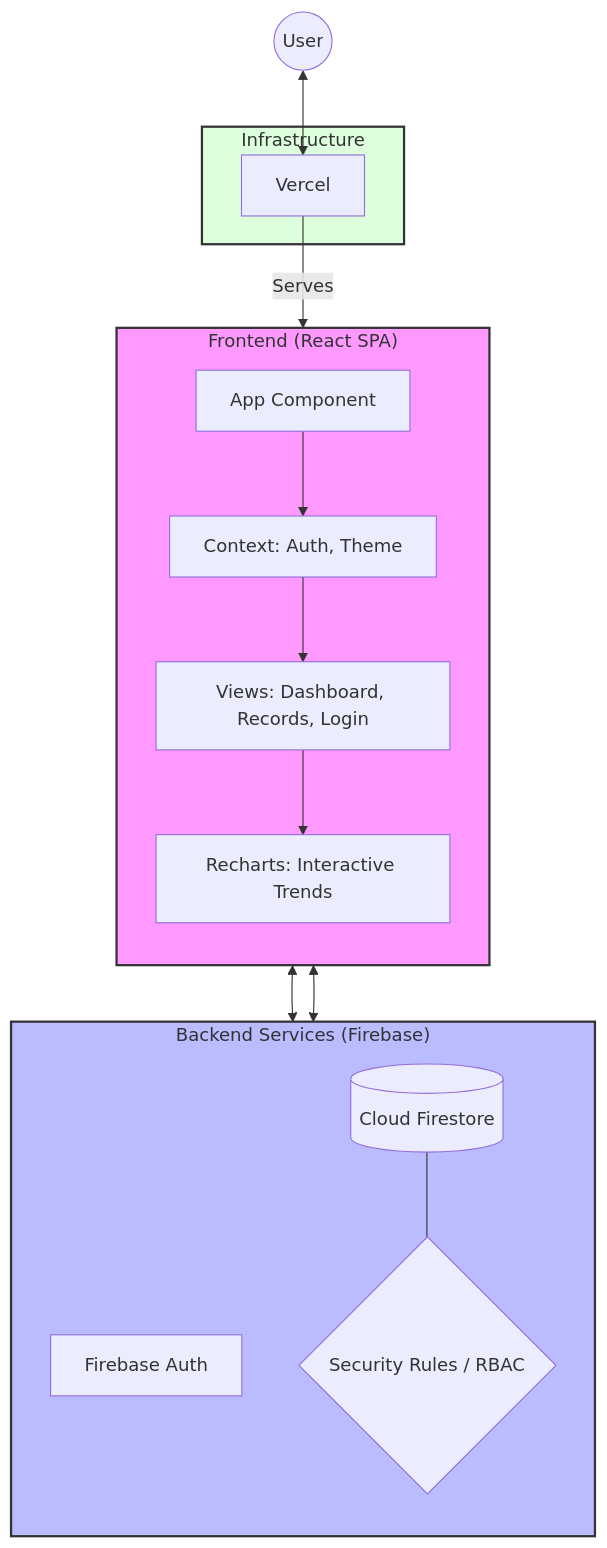
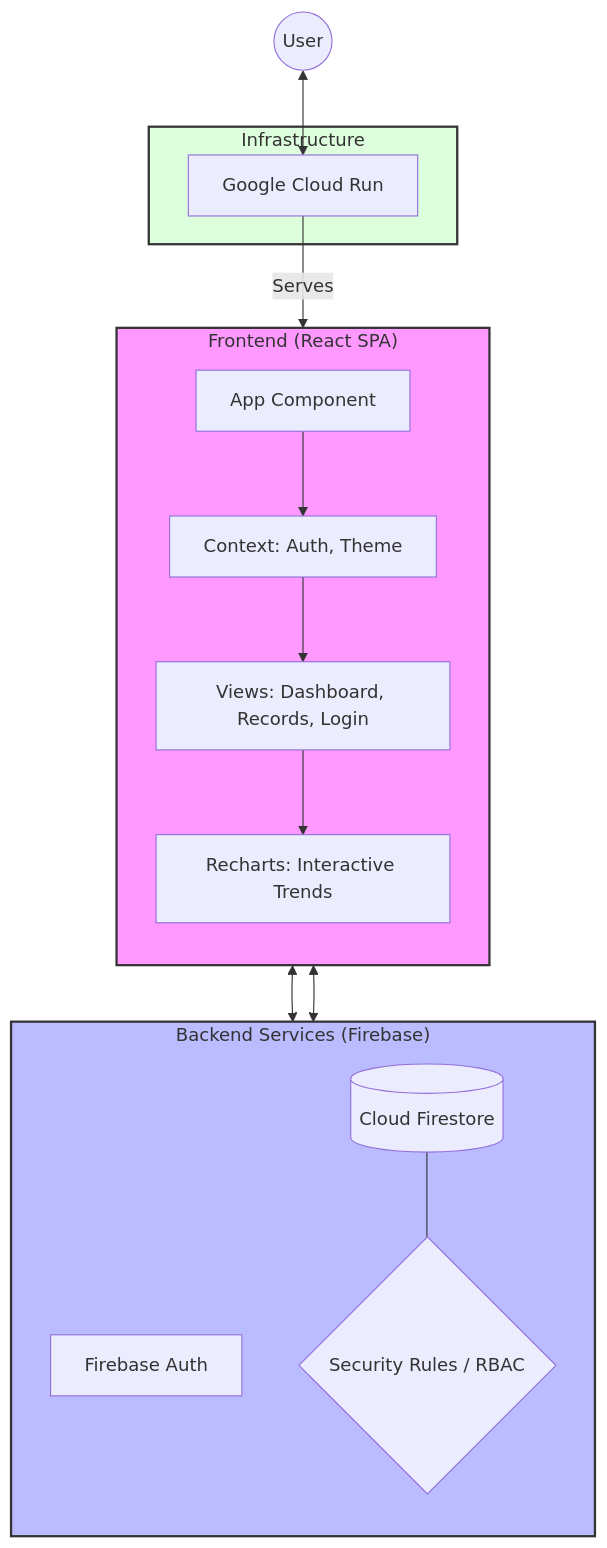
The diagram in README.md (srigged/My-Ledger-), drawn with Mermaid before and after one commit. The commit also changed other lines of this file and 9 other files, not shown here.

````diff
--- a/README.md
+++ b/README.md
@@ -35,38 +35,38 @@
 ```mermaid
 flowchart TB
     User((User))
     
     subgraph Frontend ["Frontend (React SPA)"]
         direction TB
         App[App Component]
         Context[Context: Auth, Theme]
         Views[Views: Dashboard, Records, Login]
         Charts[Recharts: Interactive Trends]
         
         App --> Context
         Context --> Views
         Views --> Charts
     end
 
     subgraph Firebase ["Backend Services (Firebase)"]
         direction TB
         Auth[Firebase Auth]
         Firestore[(Cloud Firestore)]
         Rules{Security Rules / RBAC}
         
         Firestore --- Rules
     end
 
     subgraph Infrastructure ["Infrastructure"]
-        Vercel[Vercel]
+        GCR[Google Cloud Run]
     end
 
-    User <--> Vercel
-    Vercel -- Serves --> Frontend
+    User <--> GCR
+    GCR -- Serves --> Frontend
     Frontend <--> Auth
     Frontend <--> Firestore
     
     style Frontend fill:#f9f,stroke:#333,stroke-width:2px
     style Firebase fill:#bbf,stroke:#333,stroke-width:2px
     style Infrastructure fill:#dfd,stroke:#333,stroke-width:2px
 ```
````
